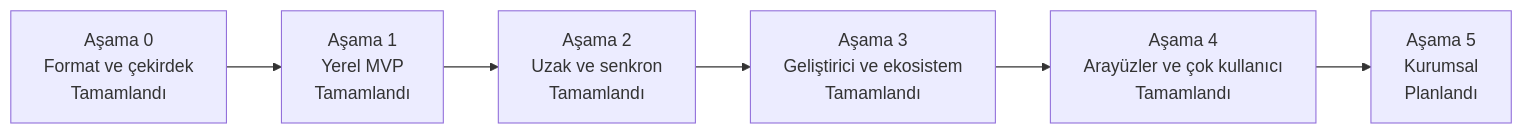
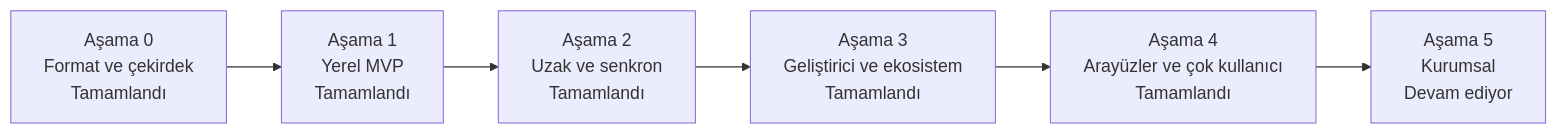
Before and after one commit to efe-clk/apeiron: the diagram in docs/ROADMAP.tr.md, drawn with Mermaid. The commit also changed other lines of this file and 28 other files, not shown here.

````diff
--- a/docs/ROADMAP.tr.md
+++ b/docs/ROADMAP.tr.md
@@ -11,10 +11,10 @@
 ```mermaid
 flowchart LR
     S0["Aşama 0<br/>Format ve çekirdek<br/>Tamamlandı"]
     S1["Aşama 1<br/>Yerel MVP<br/>Tamamlandı"]
     S2["Aşama 2<br/>Uzak ve senkron<br/>Tamamlandı"]
     S3["Aşama 3<br/>Geliştirici ve ekosistem<br/>Tamamlandı"]
     S4["Aşama 4<br/>Arayüzler ve çok kullanıcı<br/>Tamamlandı"]
-    S5["Aşama 5<br/>Kurumsal<br/>Planlandı"]
+    S5["Aşama 5<br/>Kurumsal<br/>Devam ediyor"]
     S0 --> S1 --> S2 --> S3 --> S4 --> S5
 ```
````
